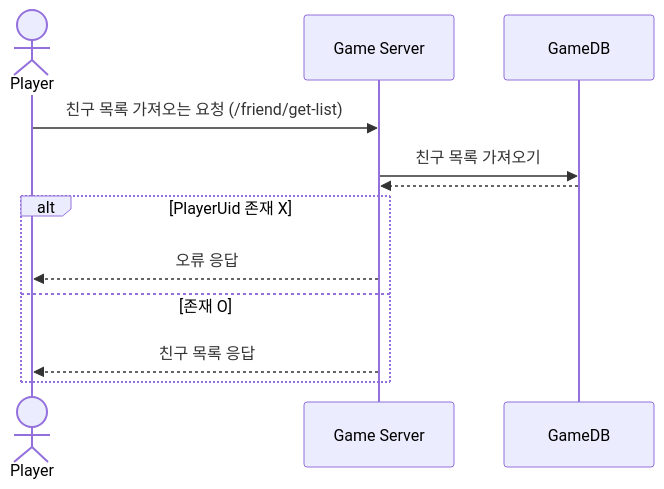
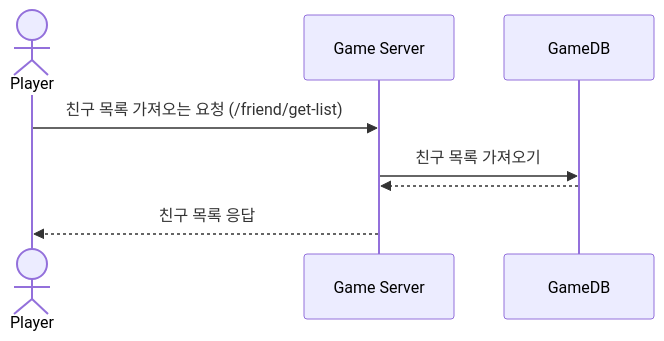
The first of 4 diagrams in SequenceDiagram/Friend.md (yujinS0/Omok-Game), drawn with Mermaid before and after one commit. The commit also changed other lines of this file, not shown here.

Commit message:
Update Friend.md - 목록 없는 경우 오류 처리 X

````diff
--- a/SequenceDiagram/Friend.md
+++ b/SequenceDiagram/Friend.md
@@ -12,16 +12,12 @@
 ```mermaid
 sequenceDiagram
 	actor Player
 	participant Game Server
   participant GameDB
 
 	Player ->> Game Server : 친구 목록 가져오는 요청 (/friend/get-list)
 	Game Server ->> GameDB : 친구 목록 가져오기
 	GameDB -->> Game Server : 
-	alt PlayerUid 존재 X
-		Game Server -->> Player : 오류 응답
-	else 존재 O
-		Game Server -->> Player : 친구 목록 응답
-	end
+	Game Server -->> Player : 친구 목록 응답
 
 ```
````
